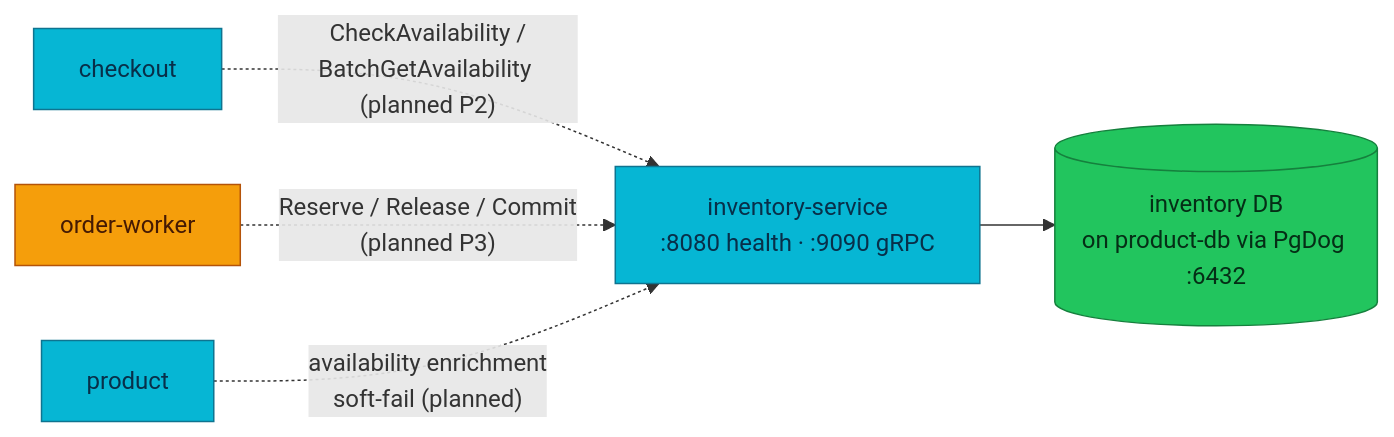
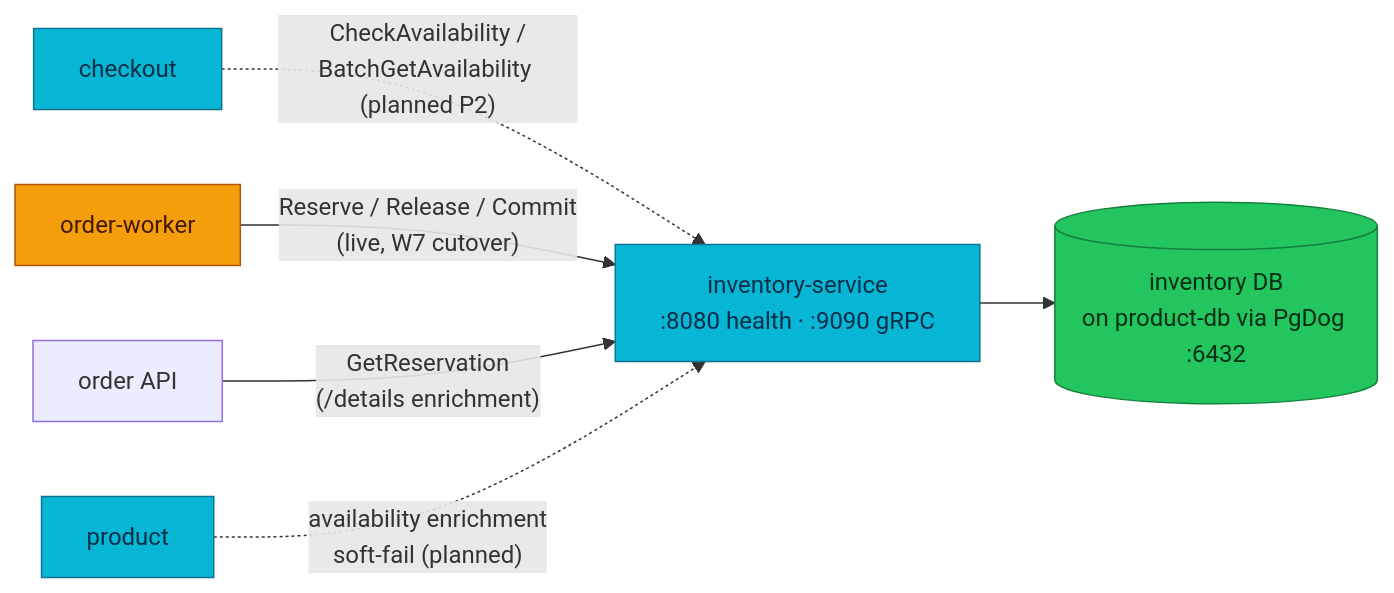
The first of 2 diagrams in docs/api/inventory.md (duynhlab/homelab), drawn with Mermaid before and after one commit. The commit also changed other lines of this file and 11 other files, not shown here.

````diff
--- a/docs/api/inventory.md
+++ b/docs/api/inventory.md
@@ -83,15 +83,16 @@
 ```mermaid
 flowchart LR
     CK["checkout"] -.->|"CheckAvailability /<br/>BatchGetAvailability (planned P2)"| INV["inventory-service<br/>:8080 health · :9090 gRPC"]
-    W["order-worker"] -.->|"Reserve / Release / Commit<br/>(planned P3)"| INV
+    W["order-worker"] -->|"Reserve / Release / Commit<br/>(live, W7 cutover)"| INV
+    OAPI["order API"] -->|"GetReservation<br/>(/details enrichment)"| INV
     P["product"] -.->|"availability enrichment<br/>soft-fail (planned)"| INV
     INV --> DB[("inventory DB<br/>on product-db via PgDog :6432")]
 
     classDef service fill:#06b6d4,color:#082f49,stroke:#0e7490;
     classDef worker fill:#f59e0b,color:#451a03,stroke:#b45309;
     classDef data fill:#22c55e,color:#052e16,stroke:#15803d;
     classDef planned fill:#fff,color:#475569,stroke:#64748b,stroke-dasharray:5 5;
     class CK,P,INV service;
     class W worker;
     class DB data;
 ```
````
